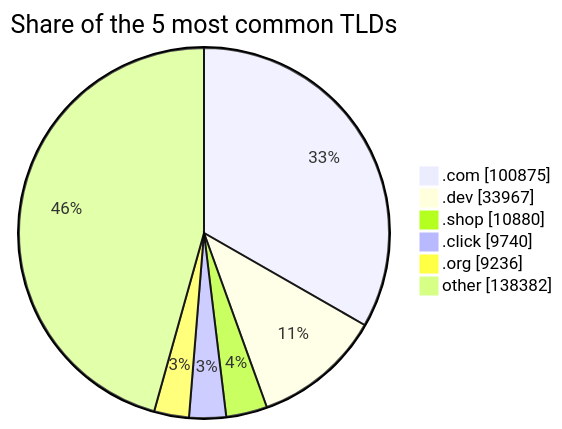
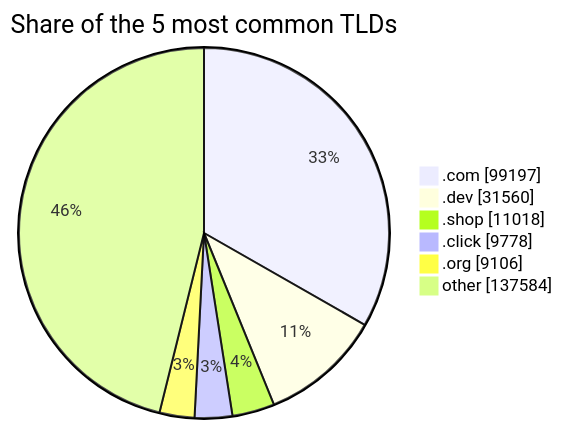
The third of 3 diagrams in README.md (DNSBunker/CTI), drawn with Mermaid before and after one commit. The commit also changed other lines of this file and 3 other files, not shown here.

````diff
--- a/README.md
+++ b/README.md
@@ -81,9 +81,9 @@
 ```mermaid
 pie showData title Share of the 5 most common TLDs
-    ".com" : 100875
-    ".dev" : 33967
-    ".shop" : 10880
-    ".click" : 9740
-    ".org" : 9236
-    "other" : 138382
+    ".com" : 99197
+    ".dev" : 31560
+    ".shop" : 11018
+    ".click" : 9778
+    ".org" : 9106
+    "other" : 137584
 ```
````
